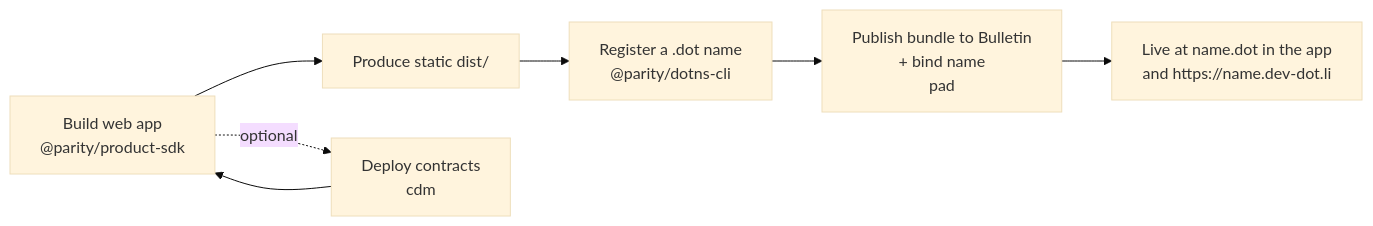
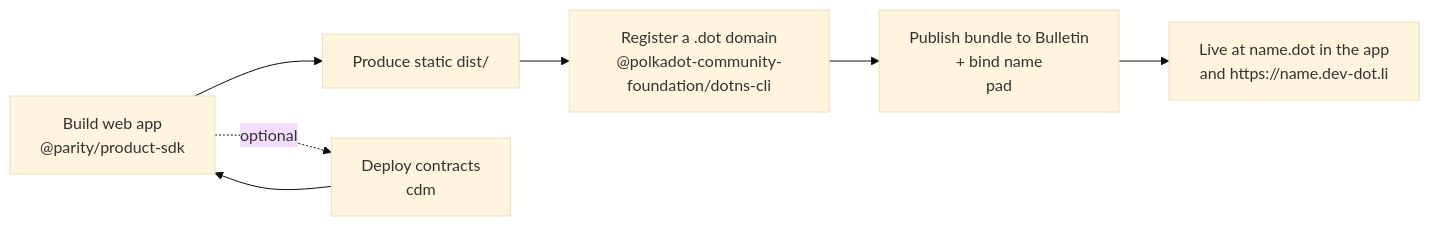
The diagram in docs/getting-started/developers.md (Polkadot-Community-Foundation/polkadot-app-docs), drawn with Mermaid (base theme) before and after one commit. The commit also changed other lines of this file and 31 other files, not shown here.

````diff
--- a/docs/getting-started/developers.md
+++ b/docs/getting-started/developers.md
@@ -13,9 +13,9 @@
 ```mermaid
 flowchart LR
   A[Build web app<br/>@parity/product-sdk] --> B[Produce static dist/]
-  B --> C[Register a .dot name<br/>@parity/dotns-cli]
+  B --> C[Register a .dot domain<br/>@polkadot-community-foundation/dotns-cli]
   C --> D[Publish bundle to Bulletin<br/>+ bind name<br/>pad]
   D --> E[Live at name.dot in the app<br/>and https://name.dev-dot.li]
   A -. optional .-> F[Deploy contracts<br/>cdm]
   F --> A
 ```
````
